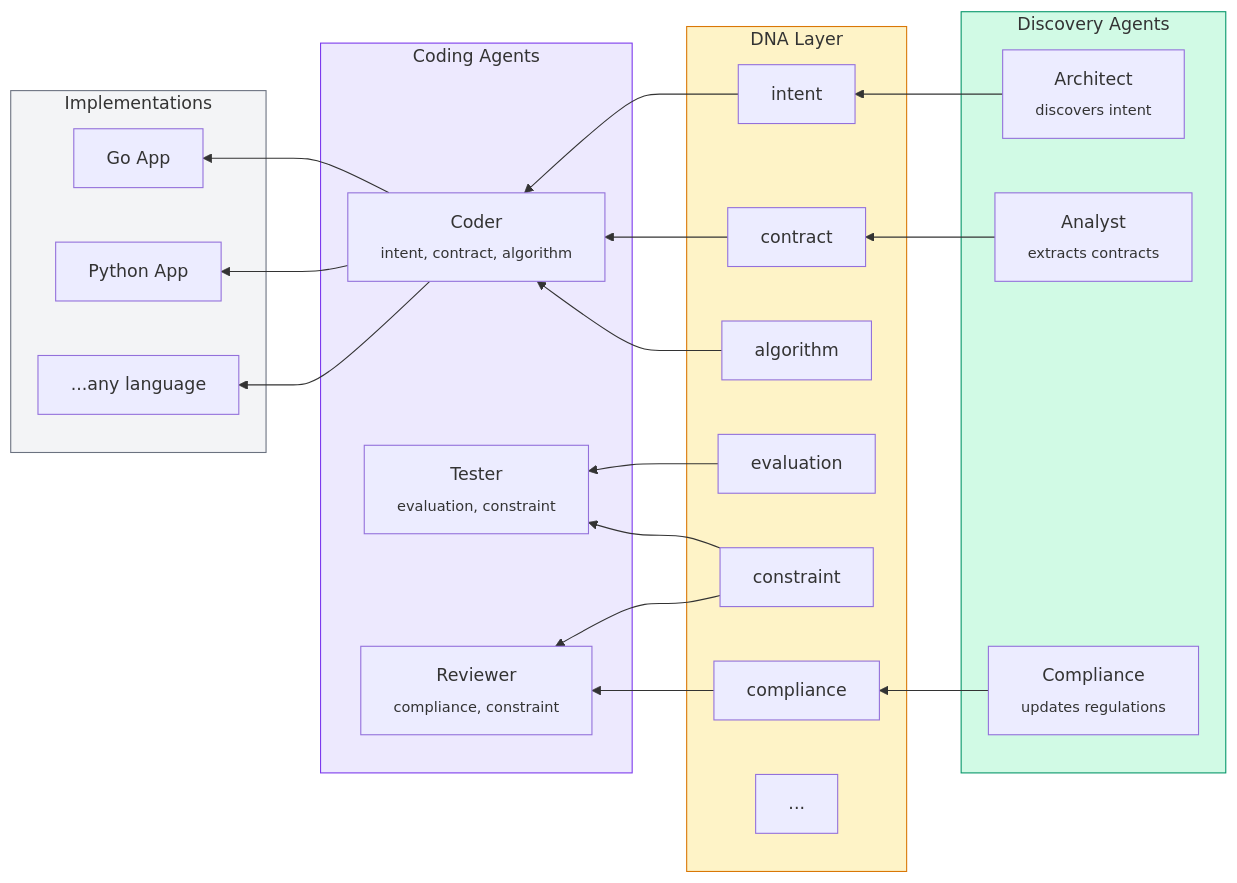
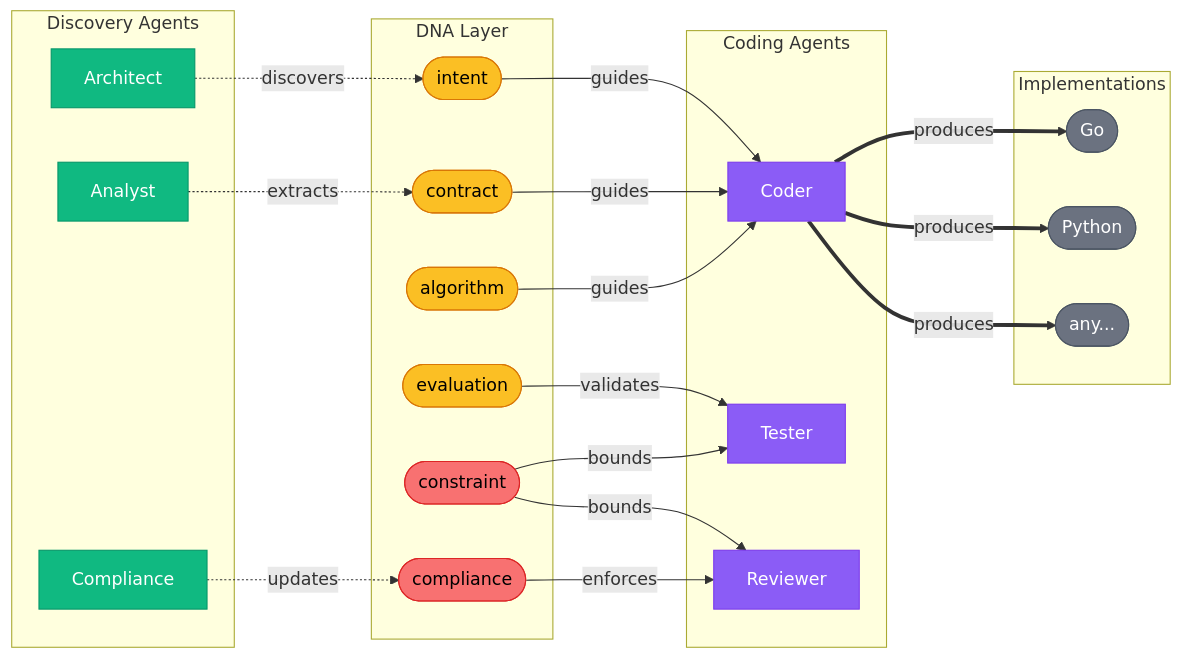
One commit to panbanda/dna changed the first of 2 diagrams in README.md. Above: the diagram before and after it, drawn with Mermaid. The commit also changed other lines of this file, not shown here.

Commit message:
docs: polish mermaid diagrams with LTR layout and semantic styling
- LTR flow: Discovery -> DNA -> Coding -> Implementation
- Semantic colors: green=discovery, amber=capabilities, red=constraints, purple=agents, gray=output
- Stadium shapes for DNA kinds and implementations
- Dotted lines for discovery (updates), solid for constraints, thick for production
- Descriptive edge labels (guides, validates, bounds, enforces, produces)

````diff
--- a/README.md
+++ b/README.md
@@ -63,49 +63,64 @@
 ```mermaid
-flowchart RL
-    subgraph impl["Implementations"]
-        go["Go App"]
-        py["Python App"]
-        any["...any language"]
+flowchart LR
+    subgraph discovery["Discovery Agents"]
+        architect["Architect"]
+        analyst["Analyst"]
+        auditor["Compliance"]
+    end
+
+    subgraph dna["DNA Layer"]
+        intent(["intent"])
+        contract(["contract"])
+        algorithm(["algorithm"])
+        evaluation(["evaluation"])
+        constraint(["constraint"])
+        compliance(["compliance"])
     end
 
     subgraph coding["Coding Agents"]
-        coder["Coder<br/><sub>intent, contract, algorithm</sub>"]
-        tester["Tester<br/><sub>evaluation, constraint</sub>"]
-        reviewer["Reviewer<br/><sub>compliance, constraint</sub>"]
+        coder["Coder"]
+        tester["Tester"]
+        reviewer["Reviewer"]
     end
 
-    subgraph dna["DNA Layer"]
-        intent["intent"]
-        contract["contract"]
-        algorithm["algorithm"]
-        evaluation["evaluation"]
-        constraint["constraint"]
-        compliance["compliance"]
-        more["..."]
+    subgraph impl["Implementations"]
+        go(["Go"])
+        py(["Python"])
+        any(["any..."])
     end
 
-    subgraph discovery["Discovery Agents"]
-        architect["Architect<br/><sub>discovers intent</sub>"]
-        analyst["Analyst<br/><sub>extracts contracts</sub>"]
-        auditor["Compliance<br/><sub>updates regulations</sub>"]
-    end
+    architect -.->|discovers| intent
+    analyst -.->|extracts| contract
+    auditor -.->|updates| compliance
 
-    architect --> intent
-    analyst --> contract
-    auditor --> compliance
-    intent --> coder
-    contract --> coder
-    algorithm --> coder
-    evaluation --> tester
-    constraint --> tester
-    constraint --> reviewer
-    compliance --> reviewer
-    coder --> go
-    coder --> py
-    coder --> any
+    intent -->|guides| coder
+    contract -->|guides| coder
+    algorithm -->|guides| coder
+    evaluation -->|validates| tester
+    constraint -->|bounds| tester
+    constraint -->|bounds| reviewer
+    compliance -->|enforces| reviewer
 
-    style discovery fill:#d1fae5,stroke:#059669
-    style dna fill:#fef3c7,stroke:#d97706
-    style coding fill:#ede9fe,stroke:#7c3aed
-    style impl fill:#f3f4f6,stroke:#6b7280
+    coder ==>|produces| go
+    coder ==>|produces| py
+    coder ==>|produces| any
+
+    style architect fill:#10b981,stroke:#059669,color:#fff
+    style analyst fill:#10b981,stroke:#059669,color:#fff
+    style auditor fill:#10b981,stroke:#059669,color:#fff
+
+    style intent fill:#fbbf24,stroke:#d97706,color:#000
+    style contract fill:#fbbf24,stroke:#d97706,color:#000
+    style algorithm fill:#fbbf24,stroke:#d97706,color:#000
+    style evaluation fill:#fbbf24,stroke:#d97706,color:#000
+    style constraint fill:#f87171,stroke:#dc2626,color:#000
+    style compliance fill:#f87171,stroke:#dc2626,color:#000
+
+    style coder fill:#8b5cf6,stroke:#7c3aed,color:#fff
+    style tester fill:#8b5cf6,stroke:#7c3aed,color:#fff
+    style reviewer fill:#8b5cf6,stroke:#7c3aed,color:#fff
+
+    style go fill:#6b7280,stroke:#4b5563,color:#fff
+    style py fill:#6b7280,stroke:#4b5563,color:#fff
+    style any fill:#6b7280,stroke:#4b5563,color:#fff
 ```
````
